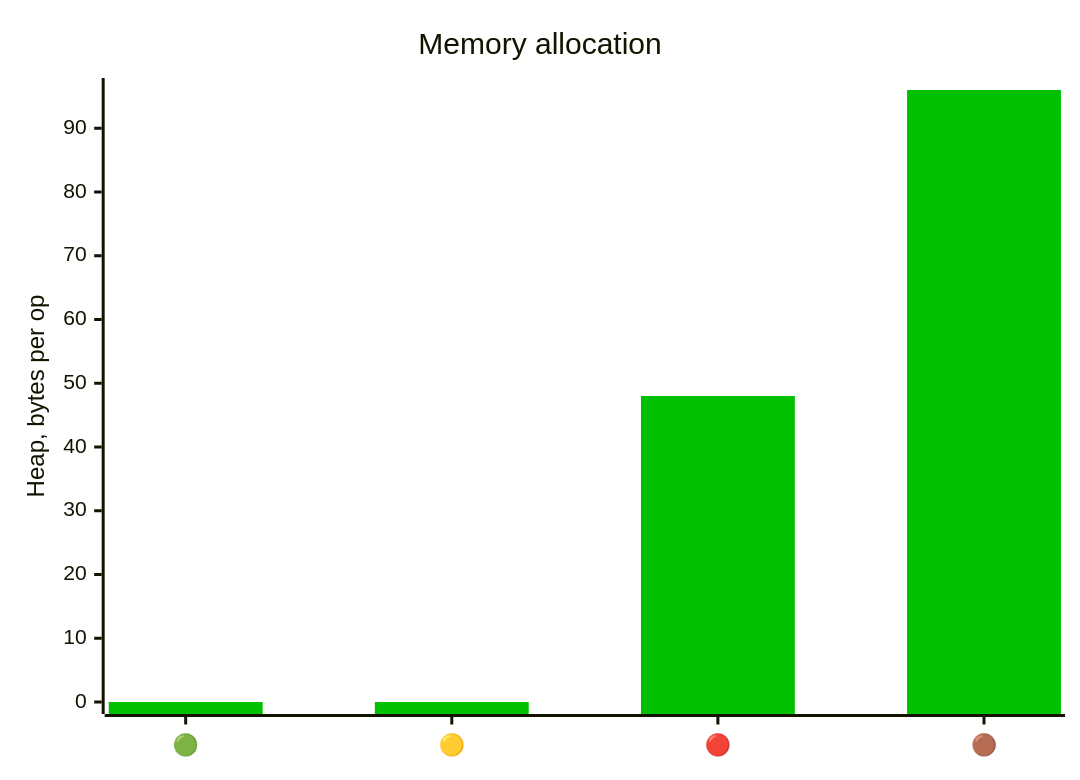
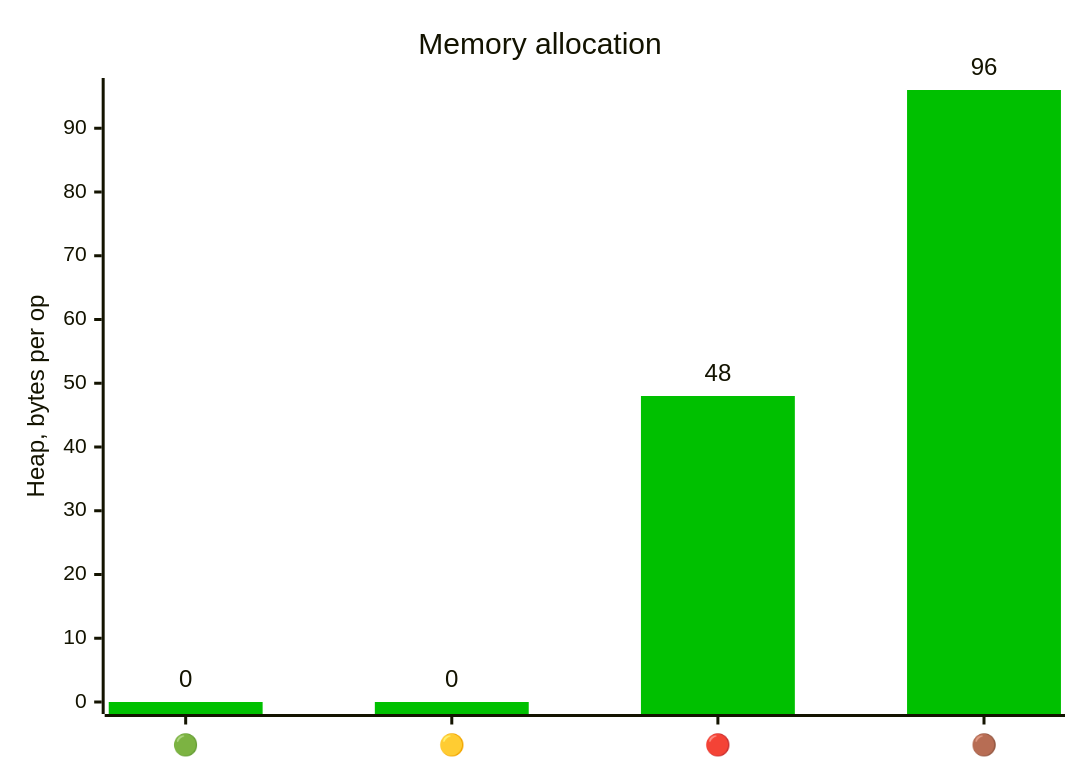
The third of 3 diagrams in bench/bench-2026-06-19.md (mail2nnv/ternary), drawn with Mermaid before and after one commit. The commit also changed other lines of this file, not shown here.

````diff
--- a/bench/bench-2026-06-19.md
+++ b/bench/bench-2026-06-19.md
@@ -83,16 +85,17 @@
 ```mermaid
 ---
 config:
     xyChart:
-        showDataLabel: false
+        showDataLabel: true
+        showDataLabelOutsideBar: true
     themeVariables:
         xyChart:
             plotColorPalette: "#00C000, #f0f000, #f00000, #804020, "
 ---
 
 xychart-beta
   title "Memory allocation"
   x-axis "" ["🟢", "🟡", "🔴", "🟤"]
   y-axis "Heap, bytes per op"
   bar [0, 0, 48, 96]
 ```
````
